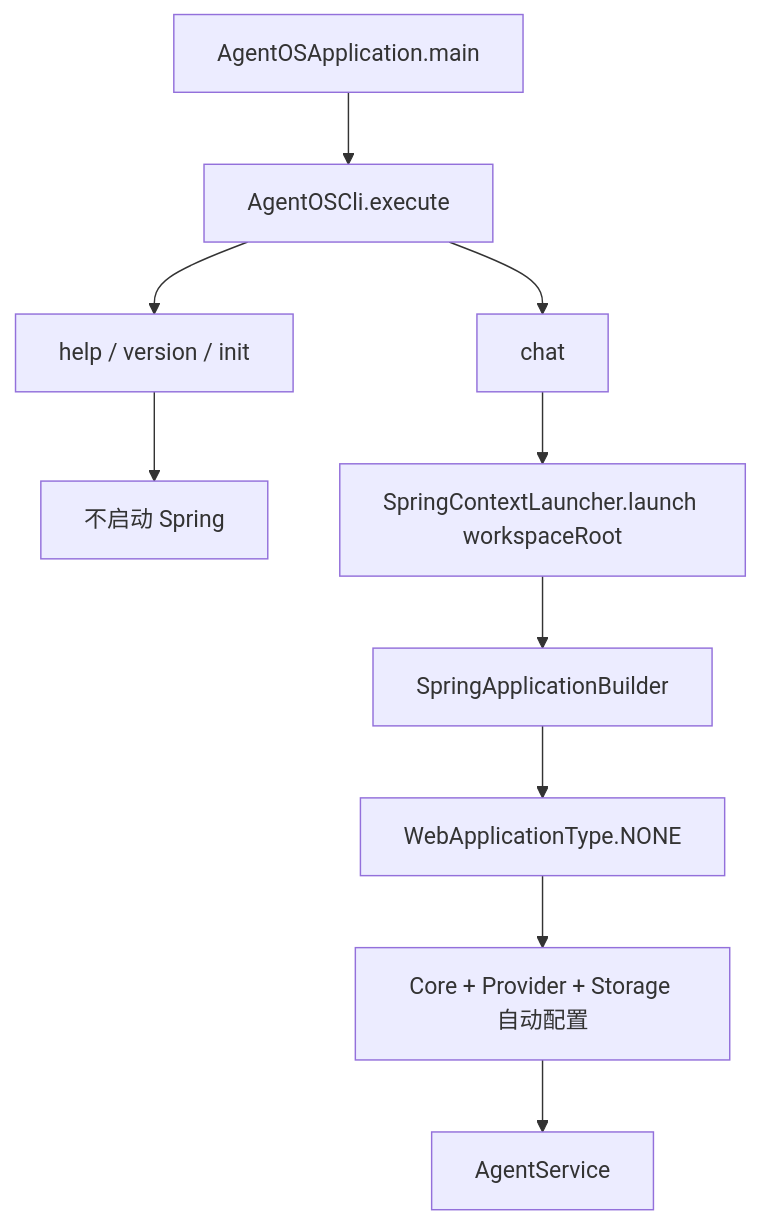
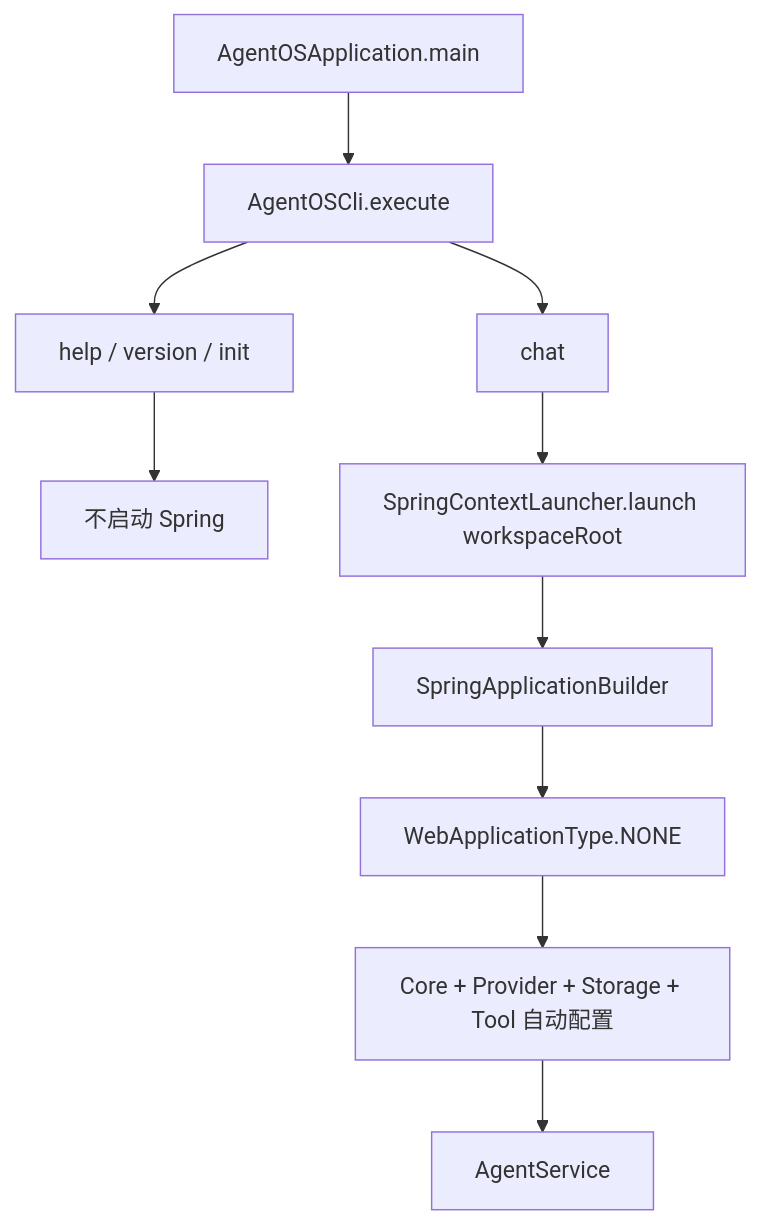
One commit to wangkaiqistart/agent-os changed the diagram in docs/code-reading/AgentOS-boot.md. Above: the diagram before and after it, drawn with Mermaid. The commit also changed other lines of this file and 9 other files, not shown here.

````diff
--- a/docs/code-reading/AgentOS-boot.md
+++ b/docs/code-reading/AgentOS-boot.md
@@ -9,12 +9,12 @@
 ```mermaid
 flowchart TD
     Main[AgentOSApplication.main] --> CLI[AgentOSCli.execute]
     CLI --> File[help / version / init]
     CLI --> Chat[chat]
     File --> NoSpring[不启动 Spring]
     Chat --> Launcher[SpringContextLauncher.launch workspaceRoot]
     Launcher --> App[SpringApplicationBuilder]
     App --> None[WebApplicationType.NONE]
-    None --> Beans[Core + Provider + Storage 自动配置]
+    None --> Beans[Core + Provider + Storage + Tool 自动配置]
     Beans --> Service[AgentService]
 ```
````
